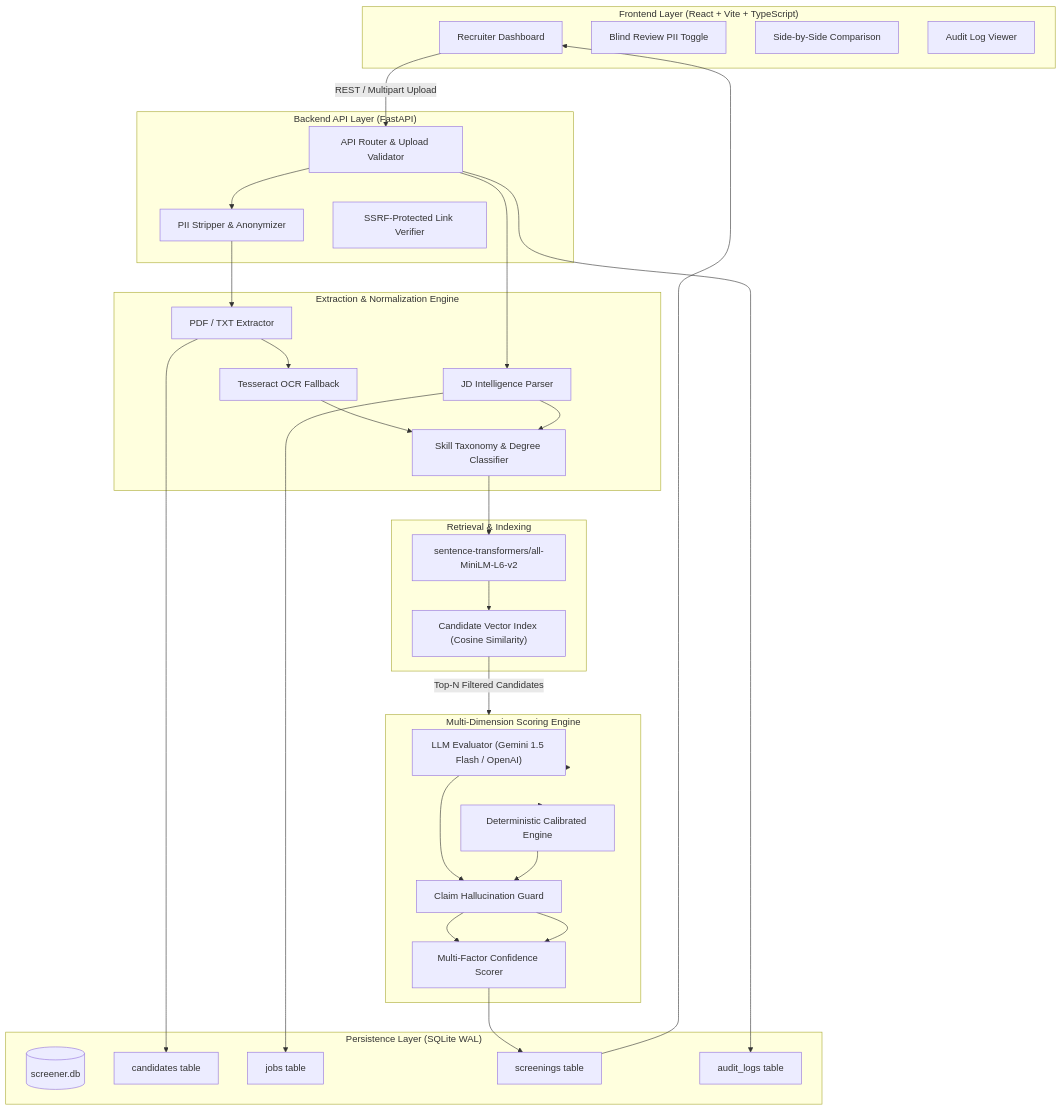
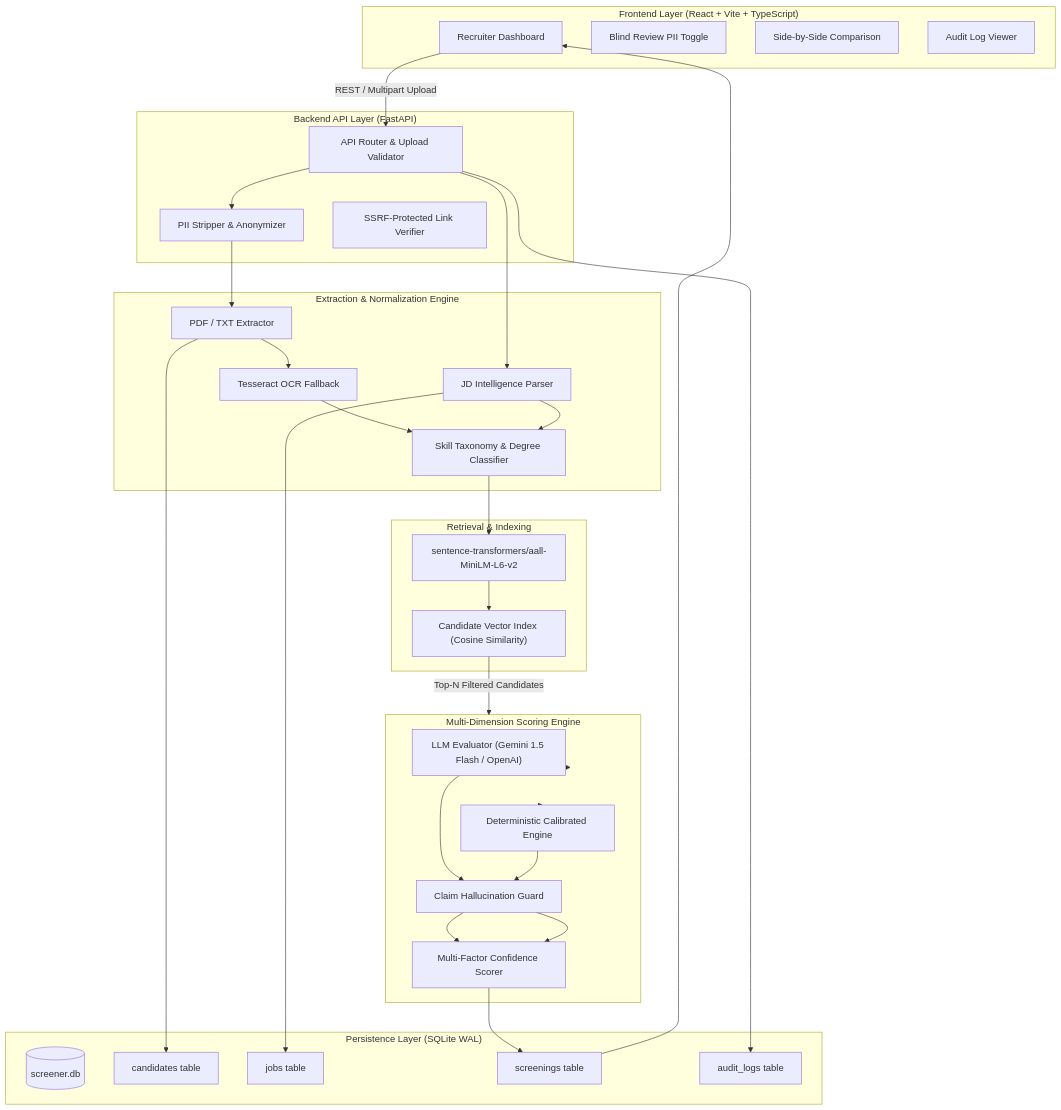
One commit to saumitra-sinha-1267/smart-resume-screener changed the diagram in README.md. Above: the diagram before and after it, drawn with Mermaid. The commit also changed other lines of this file, not shown here.

Commit message:
docs: remove control characters and sanitize all markdown code fences in README

````diff
--- a/README.md
+++ b/README.md
@@ -59,59 +59,59 @@
 ```mermaid
 flowchart TD
     subgraph Client ["Frontend Layer (React + Vite + TypeScript)"]
         UI["Recruiter Dashboard"]
         BR["Blind Review PII Toggle"]
         COMP["Side-by-Side Comparison"]
         AUDIT["Audit Log Viewer"]
     end
 
     subgraph API ["Backend API Layer (FastAPI)"]
         AUTH["API Router & Upload Validator"]
         PII["PII Stripper & Anonymizer"]
         SSRF["SSRF-Protected Link Verifier"]
     end
 
     subgraph Extraction ["Extraction & Normalization Engine"]
         PDF["PDF / TXT Extractor"]
         OCR["Tesseract OCR Fallback"]
         JD["JD Intelligence Parser"]
         TAX["Skill Taxonomy & Degree Classifier"]
     end
 
     subgraph Semantic ["Retrieval & Indexing"]
-        EMB["sentence-transformers/all-MiniLM-L6-v2"]
+        EMB["sentence-transformers/aall-MiniLM-L6-v2"]
         VEC["Candidate Vector Index (Cosine Similarity)"]
     end
 
     subgraph Evaluation ["Multi-Dimension Scoring Engine"]
         LLM["LLM Evaluator (Gemini 1.5 Flash / OpenAI)"]
         RULE["Deterministic Calibrated Engine"]
         GUARD["Claim Hallucination Guard"]
         CONF["Multi-Factor Confidence Scorer"]
     end
 
     subgraph Storage ["Persistence Layer (SQLite WAL)"]
         DB[(screener.db)]
         CAND_TBL["candidates table"]
         JOB_TBL["jobs table"]
         SCR_TBL["screenings table"]
         LOG_TBL["audit_logs table"]
     end
 
     UI -->|REST / Multipart Upload| AUTH
     AUTH --> PII --> PDF --> OCR --> TAX
     AUTH --> JD --> TAX
     PDF --> CAND_TBL
     JD --> JOB_TBL
 
     TAX --> EMB --> VEC
     VEC -->|Top-N Filtered Candidates| Evaluation
     Evaluation --> LLM
     Evaluation --> RULE
     LLM --> GUARD --> CONF
     RULE --> GUARD --> CONF
 
     CONF --> SCR_TBL
     AUTH --> LOG_TBL
     SCR_TBL --> UI
 ```
````
